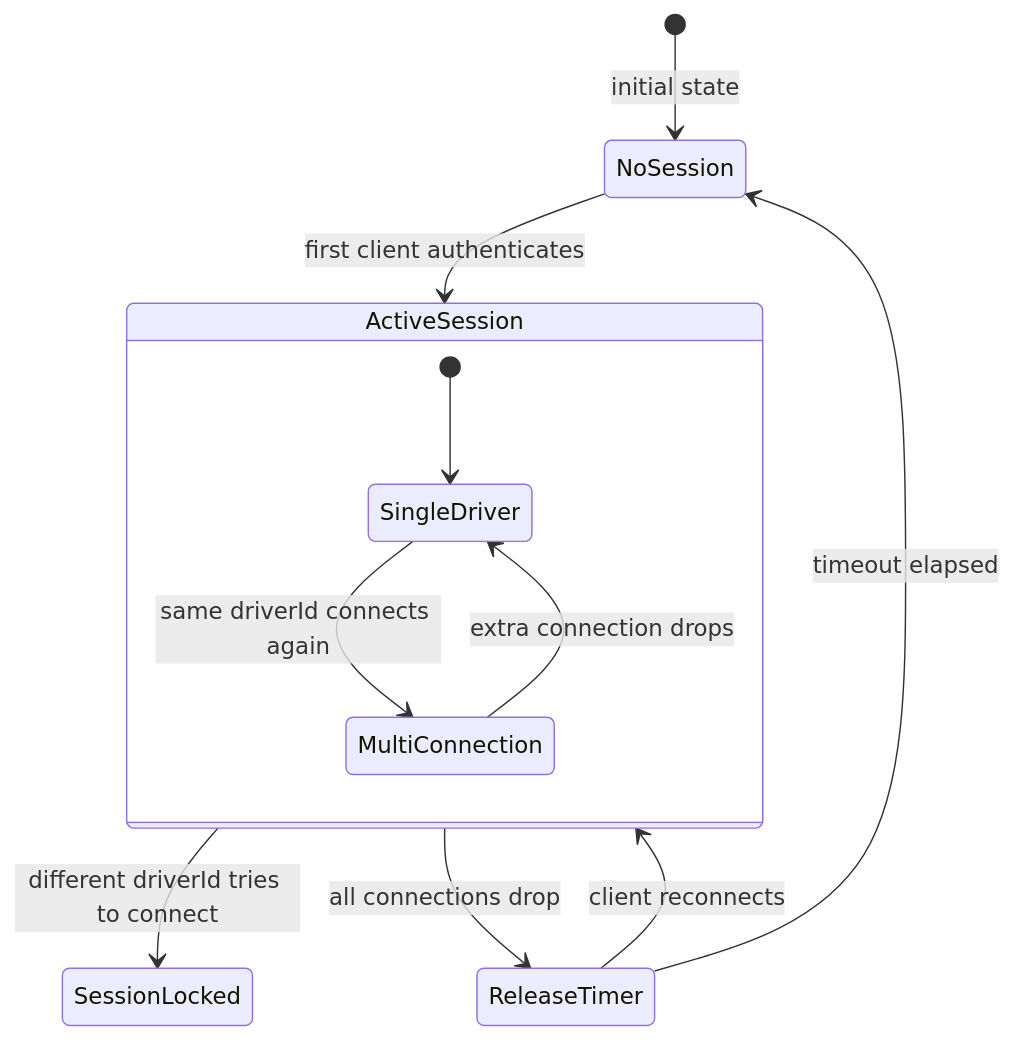
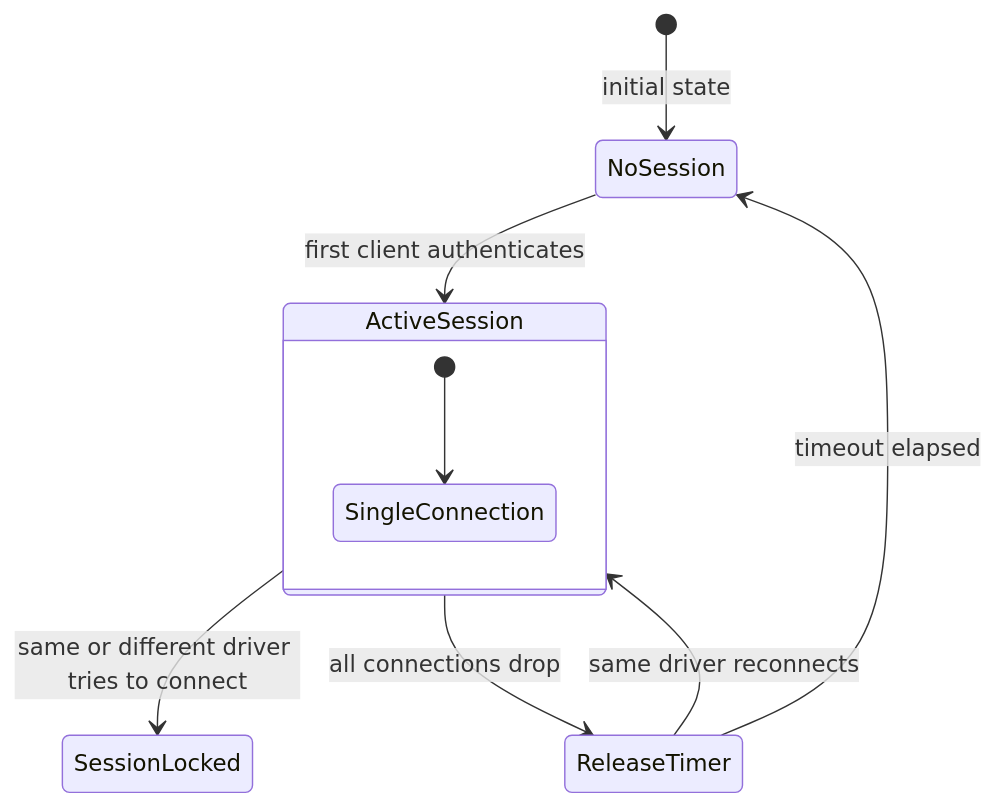
The third of 3 diagrams in docs/dossiers/08-THEMUSCLE.md (RoyalPineapple/TheButtonHeist), drawn with Mermaid before and after one commit. The commit also changed other lines of this file and 36 other files, not shown here.

````diff
--- a/docs/dossiers/08-THEMUSCLE.md
+++ b/docs/dossiers/08-THEMUSCLE.md
@@ -102,18 +102,16 @@
 ```mermaid
 stateDiagram-v2
     [*] --> NoSession: initial state
 
     NoSession --> ActiveSession: first client authenticates
 
     state ActiveSession {
-        [*] --> SingleDriver
-        SingleDriver --> MultiConnection: same driverId connects again
-        MultiConnection --> SingleDriver: extra connection drops
+        [*] --> SingleConnection
     }
 
-    ActiveSession --> SessionLocked: different driverId tries to connect
+    ActiveSession --> SessionLocked: same or different driver tries to connect
 
     ActiveSession --> ReleaseTimer: all connections drop
     ReleaseTimer --> NoSession: timeout elapsed
-    ReleaseTimer --> ActiveSession: client reconnects
+    ReleaseTimer --> ActiveSession: same driver reconnects
 ```
````
